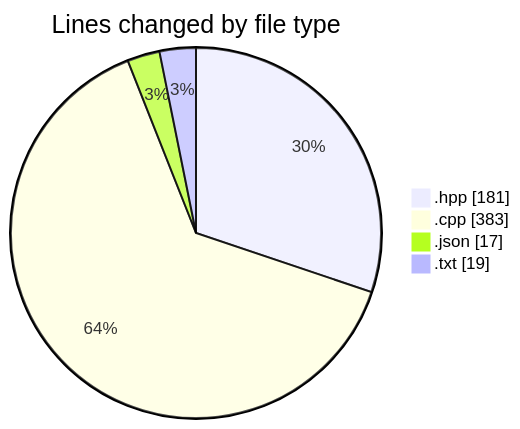
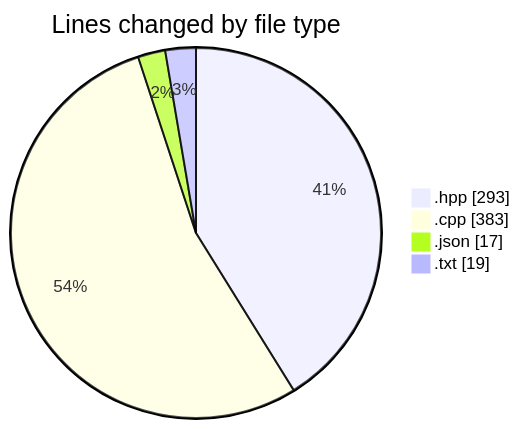
The first of 2 diagrams in 2025-05-04/date/README.md (Netris89/code-tracking), drawn with Mermaid before and after one commit. The commit also changed other lines of this file and 1 other file, not shown here.

````diff
--- a/2025-05-04/date/README.md
+++ b/2025-05-04/date/README.md
@@ -29,8 +30,8 @@
 ```mermaid
 pie showData
 title Lines changed by file type
-".hpp" : 181
+".hpp" : 293
 ".cpp" : 383
 ".json" : 17
 ".txt" : 19
 ```
````
